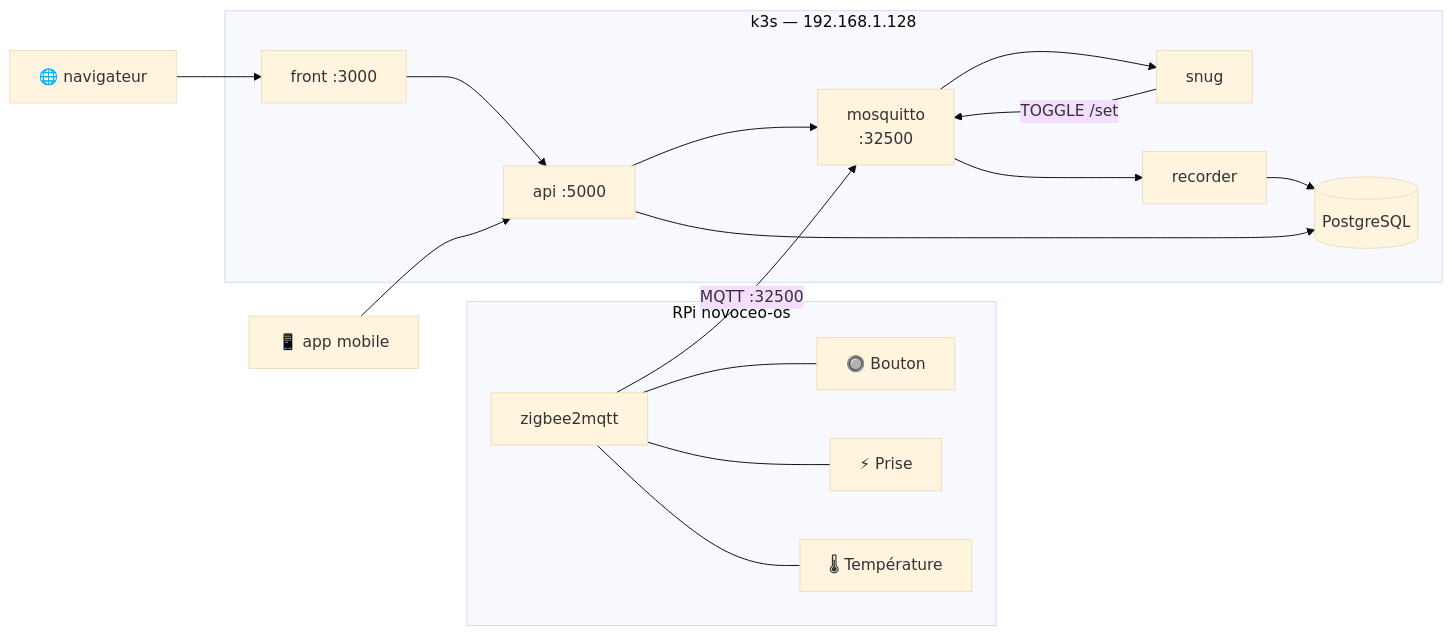
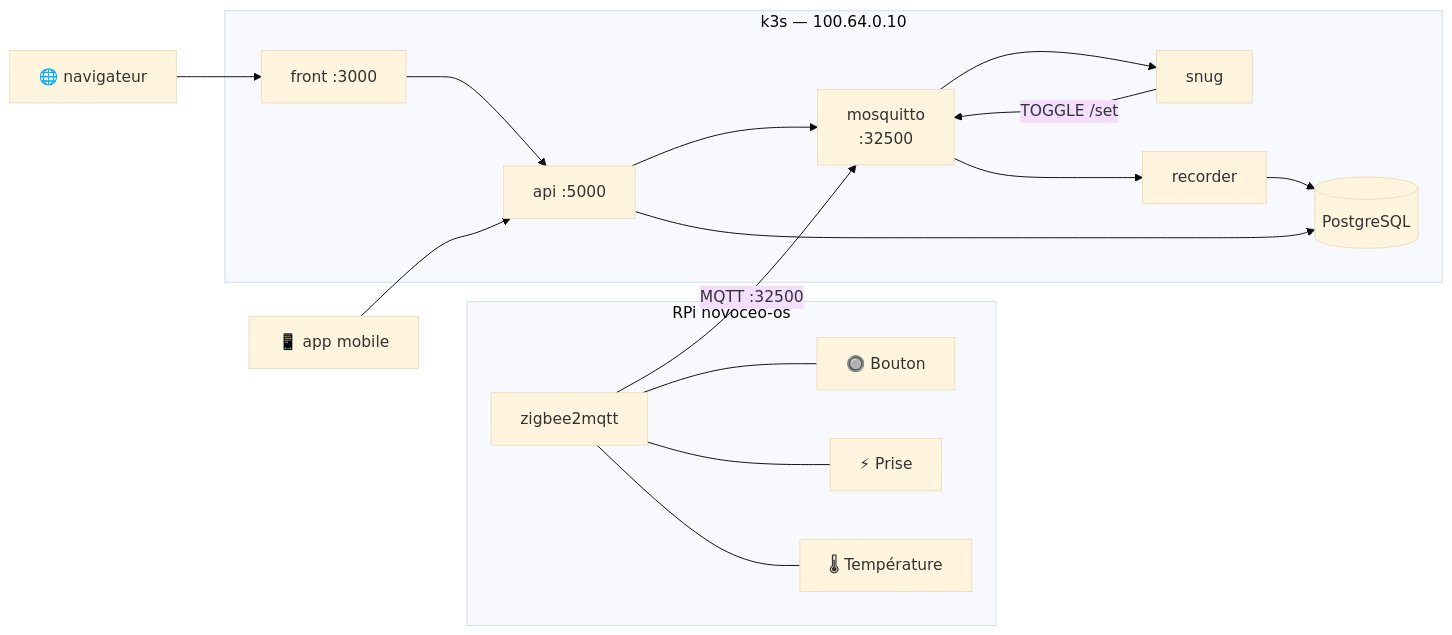
One commit to jsavajols/novoceo changed the diagram in README.md. Above: the diagram before and after it, drawn with Mermaid (base theme). The commit also changed 14 other files, not shown here.

````diff
--- a/README.md
+++ b/README.md
@@ -7,30 +7,30 @@
 ```mermaid
 graph LR
     subgraph rpi["RPi novoceo-os"]
         Z2M["zigbee2mqtt"] --- BOUTON["🔘 Bouton"]
         Z2M --- PRISE["⚡ Prise"]
         Z2M --- TEMP["🌡 Température"]
     end
 
-    subgraph k3s["k3s — 192.168.1.128"]
+    subgraph k3s["k3s — 100.64.0.10"]
         MOSQ["mosquitto\n:32500"]
         SNUG["snug"]
         REC["recorder"]
         API["api :5000"]
         FRONT["front :3000"]
         DB[("PostgreSQL")]
 
         MOSQ --> SNUG
         MOSQ --> REC
         REC --> DB
         API --> DB
         API --> MOSQ
         FRONT --> API
     end
 
     Z2M -- "MQTT :32500" --> MOSQ
     SNUG -- "TOGGLE /set" --> MOSQ
 
     BROWSER["🌐 navigateur"] --> FRONT
     MOBILE["📱 app mobile"] --> API
 ```
````
